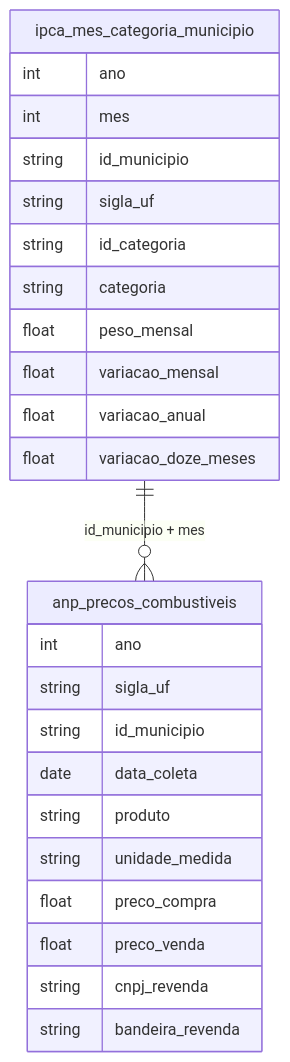
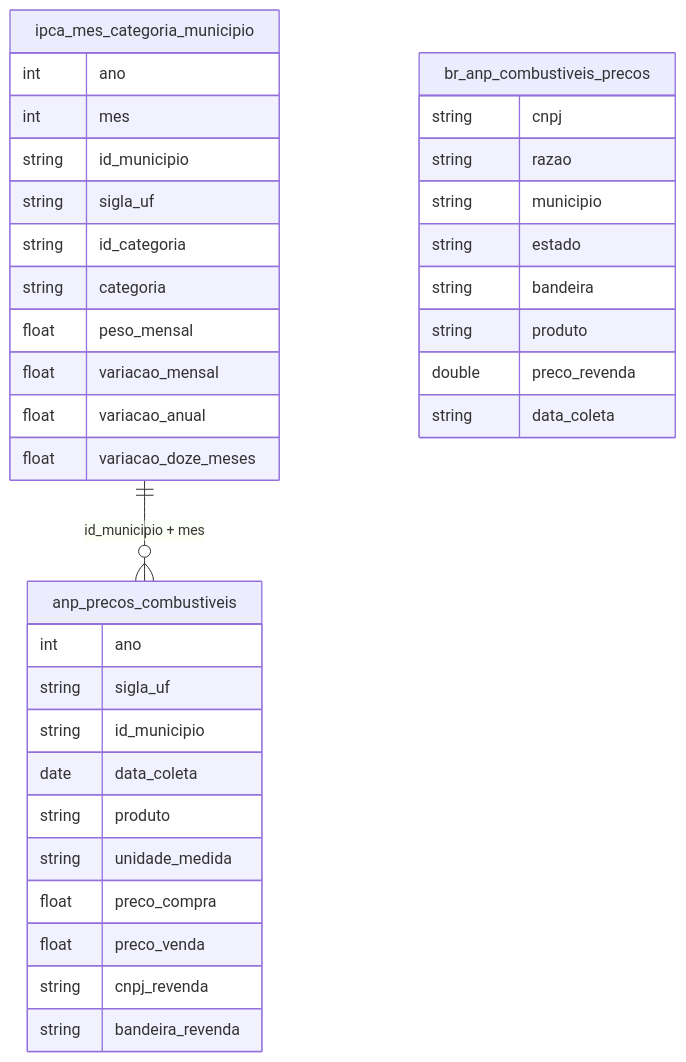
Before and after one commit to rafapolo/rodado: the diagram in docs/overview/14_consumo_precos.md, drawn with Mermaid. The commit also changed other lines of this file and 2 other files, not shown here.

Commit message:
docs: update consumo, sancoes and justica overviews

````diff
--- a/docs/overview/14_consumo_precos.md
+++ b/docs/overview/14_consumo_precos.md
@@ -2,28 +2,38 @@
 ```mermaid
 erDiagram
     ipca_mes_categoria_municipio {
         int ano
         int mes
         string id_municipio
         string sigla_uf
         string id_categoria
         string categoria
         float peso_mensal
         float variacao_mensal
         float variacao_anual
         float variacao_doze_meses
     }
     anp_precos_combustiveis {
         int ano
         string sigla_uf
         string id_municipio
         date data_coleta
         string produto
         string unidade_medida
         float preco_compra
         float preco_venda
         string cnpj_revenda
         string bandeira_revenda
     }
+    br_anp_combustiveis_precos {
+        string cnpj
+        string razao
+        string municipio
+        string estado
+        string bandeira
+        string produto
+        double preco_revenda
+        string data_coleta
+    }
     ipca_mes_categoria_municipio ||--o{ anp_precos_combustiveis : "id_municipio + mes"
 ```
````
